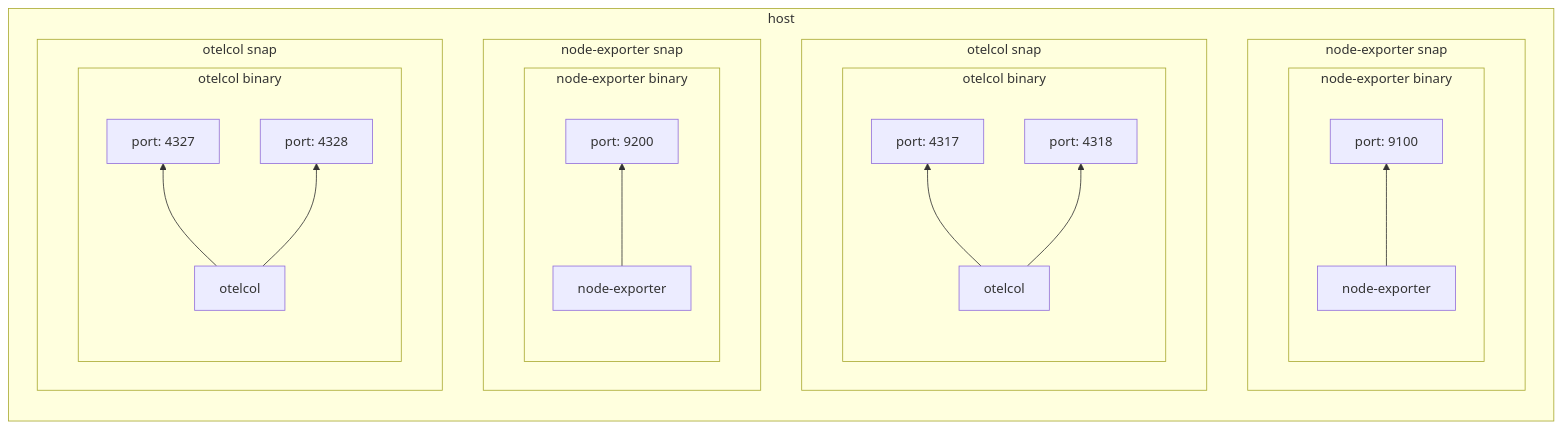
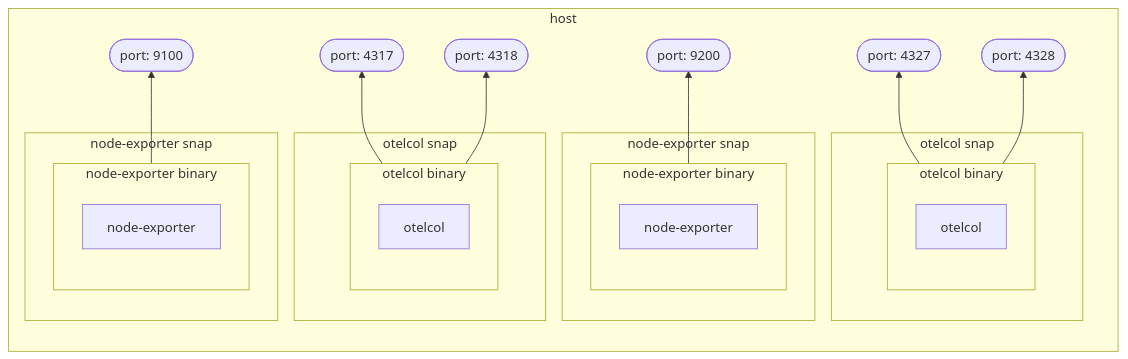
Before and after one commit to canonical/observability: the fourth of 7 diagrams in decision-records/2025-03-20--node-exporter-otelcol-adr.md, drawn with Mermaid. The commit also changed other lines of this file, not shown here.

Commit message:
improve diagrams by bounding the ports to the host

````diff
--- a/decision-records/2025-03-20--node-exporter-otelcol-adr.md
+++ b/decision-records/2025-03-20--node-exporter-otelcol-adr.md
@@ -157,41 +157,43 @@
 ```mermaid
 flowchart LR
 subgraph host
+direction BT
     subgraph snap1["node-exporter snap"]
         subgraph ports1["node-exporter binary"]
             direction BT
-            port9100["port: 9100"]
             node-exporter1["node-exporter"]
-            node-exporter1 --> port9100
         end
     end
     subgraph snap2["otelcol snap"]
         subgraph ports2["otelcol binary"]
             direction BT
-            port4317["port: 4317"]
-            port4318["port: 4318"]
             otelcol1["otelcol"]
-            otelcol1 --> port4317
-            otelcol1 --> port4318
+
         end
     end
     subgraph snap3["node-exporter snap"]
         subgraph ports3["node-exporter binary"]
             direction BT
-            port9200["port: 9200"]
             node-exporter2["node-exporter"]
-            node-exporter2 --> port9200
         end
     end
     subgraph snap4["otelcol snap"]
         subgraph ports4["otelcol binary"]
             direction BT
-            port4327["port: 4327"]
-            port4328["port: 4328"]
             otelcol2["otelcol"]
-            otelcol2 --> port4327
-            otelcol2 --> port4328
         end
     end
+    port9100(["port: 9100"])
+    port4317(["port: 4317"])
+    port4318(["port: 4318"])
+    port9200(["port: 9200"])
+    port4327(["port: 4327"])
+    port4328(["port: 4328"])
+    node-exporter1 --> port9100
+    otelcol1 --> port4317
+    otelcol1 --> port4318
+    node-exporter2 --> port9200
+    otelcol2 --> port4327
+    otelcol2 --> port4328
 end
 ```
````
